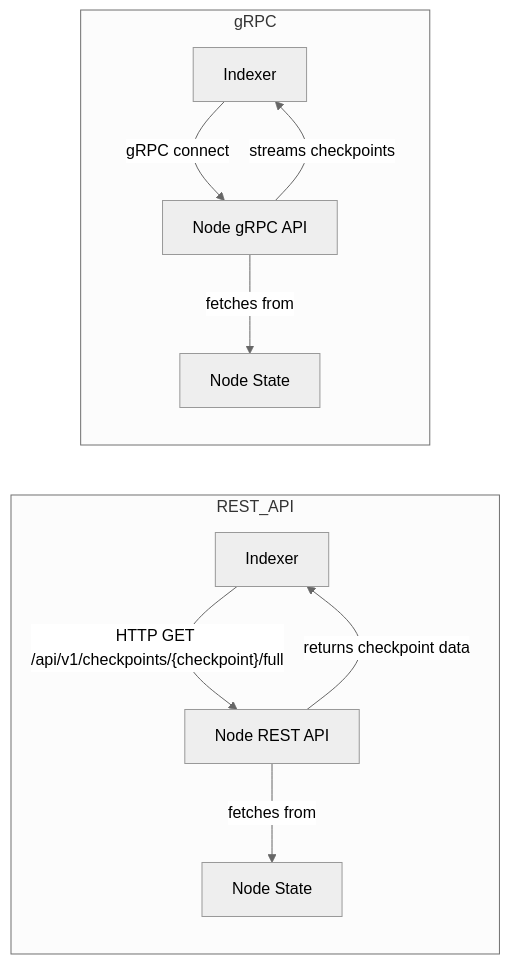
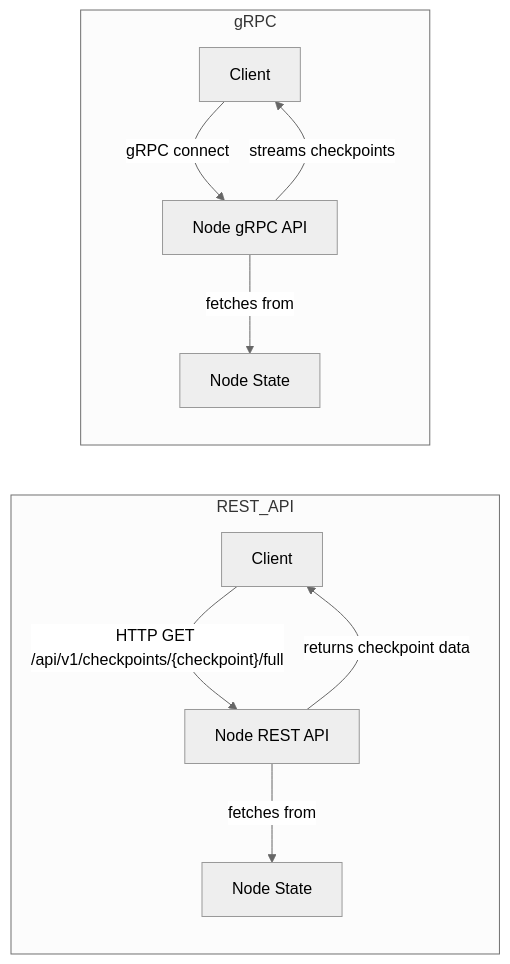
Before and after one commit to bingyanglin/iota: the second of 2 diagrams in crates/iota-grpc-api/README.md, drawn with Mermaid (neutral theme). The commit also changed other lines of this file, not shown here.

Commit message:
doc: remove indexer and ingestion part

````diff
--- a/crates/iota-grpc-api/README.md
+++ b/crates/iota-grpc-api/README.md
@@ -108,13 +107,13 @@
 ```mermaid
 flowchart LR
     subgraph REST_API
-        A1["Indexer"] -- "HTTP GET /api/v1/checkpoints/{checkpoint}/full" --> B1["Node REST API"]
+        A1["Client"] -- "HTTP GET /api/v1/checkpoints/{checkpoint}/full" --> B1["Node REST API"]
         B1 -- "fetches from" --> C1["Node State"]
         B1 -- "returns checkpoint data" --> A1
     end
     subgraph gRPC
-        A2["Indexer"] -- "gRPC connect" --> B2["Node gRPC API"]
+        A2["Client"] -- "gRPC connect" --> B2["Node gRPC API"]
         B2 -- "streams checkpoints" --> A2
         B2 -- "fetches from" --> C2["Node State"]
     end
 ```
````
